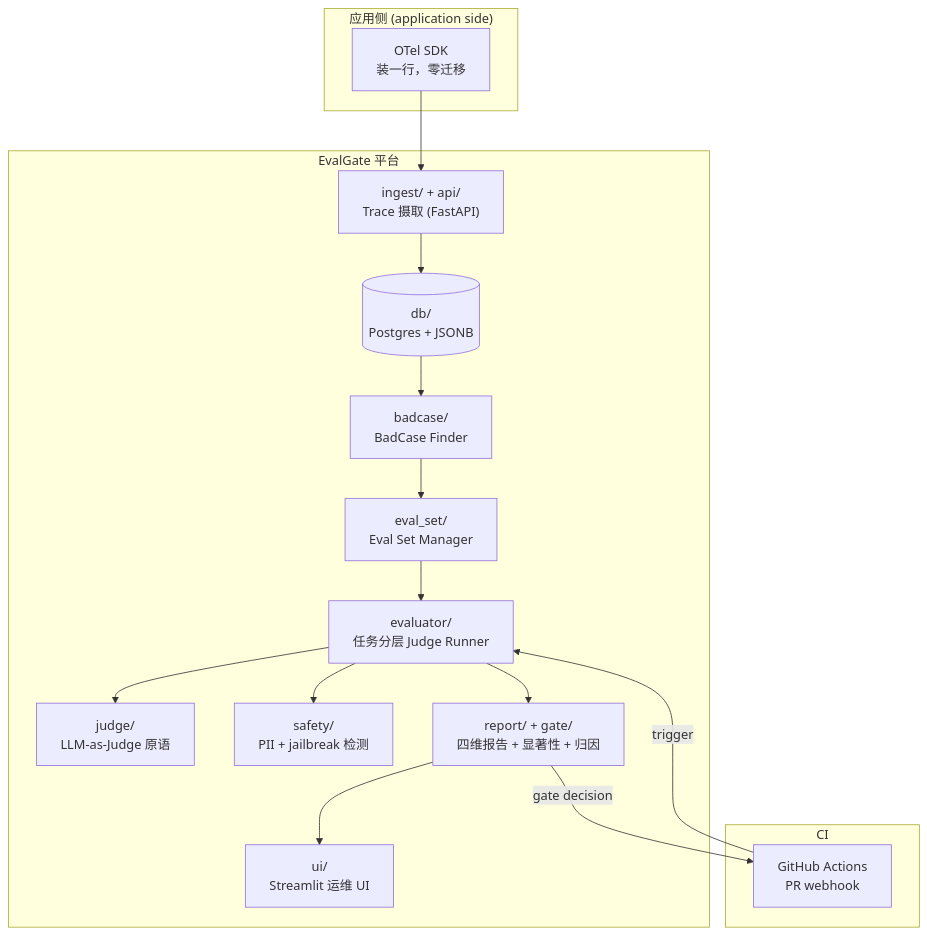
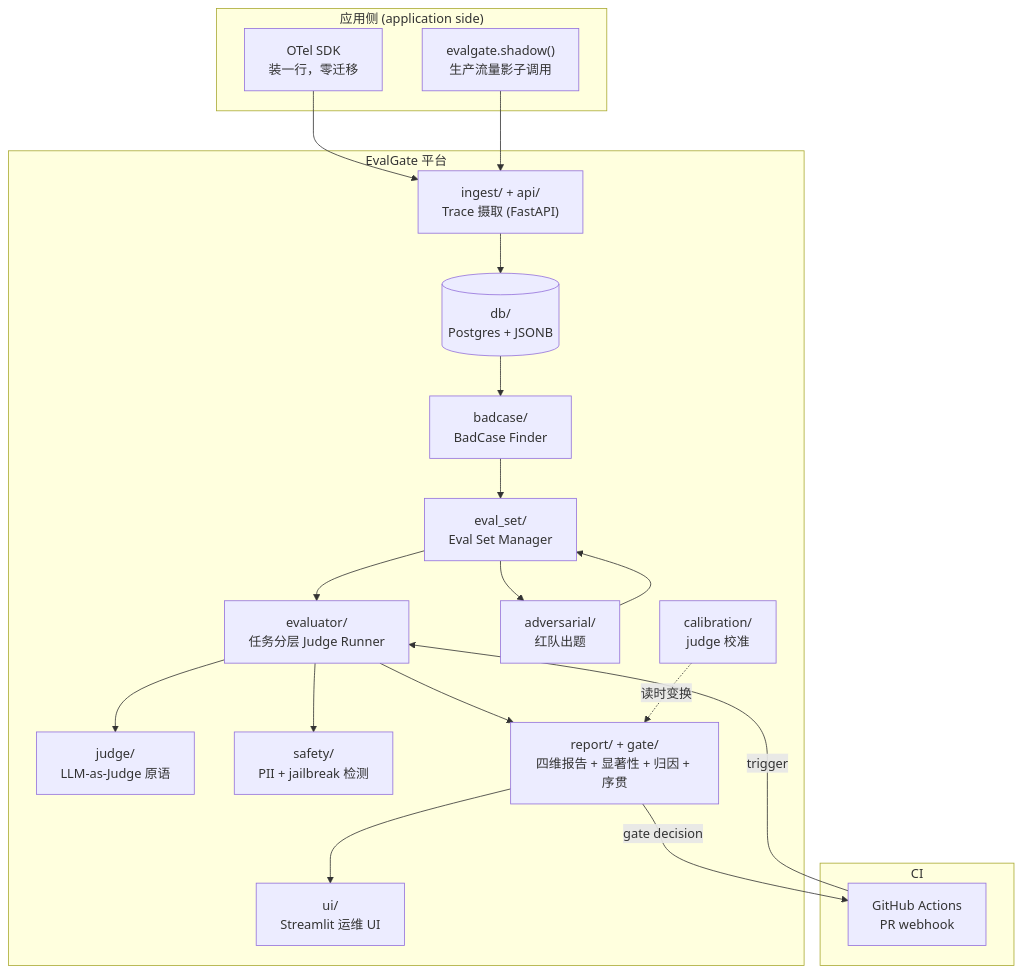
One commit to AndyUneducated/eval-gate changed the third of 7 diagrams in README.md. Above: the diagram before and after it, drawn with Mermaid. The commit also changed other lines of this file and 16 other files, not shown here.

First line of the commit message:
docs: add diagrams and tech-selection rationale to README and phase plans

````diff
--- a/README.md
+++ b/README.md
@@ -86,31 +116,37 @@
 ```mermaid
 graph TB
     subgraph app["应用侧 (application side)"]
         OTEL["OTel SDK<br/>装一行，零迁移"]
+        SDK["evalgate.shadow()<br/>生产流量影子调用"]
     end
 
     subgraph platform["EvalGate 平台"]
         INGEST["ingest/ + api/<br/>Trace 摄取 (FastAPI)"]
         DB[("db/<br/>Postgres + JSONB")]
         FINDER["badcase/<br/>BadCase Finder"]
         EVALSET["eval_set/<br/>Eval Set Manager"]
         EVALUATOR["evaluator/<br/>任务分层 Judge Runner"]
         JUDGE["judge/<br/>LLM-as-Judge 原语"]
         SAFETY["safety/<br/>PII + jailbreak 检测"]
-        REPORT["report/ + gate/<br/>四维报告 + 显著性 + 归因"]
+        ADV["adversarial/<br/>红队出题"]
+        CALIB["calibration/<br/>judge 校准"]
+        REPORT["report/ + gate/<br/>四维报告 + 显著性 + 归因 + 序贯"]
         UI["ui/<br/>Streamlit 运维 UI"]
     end
 
     subgraph ci["CI"]
         GHA["GitHub Actions<br/>PR webhook"]
     end
 
     OTEL --> INGEST --> DB
+    SDK --> INGEST
     DB --> FINDER --> EVALSET --> EVALUATOR
     EVALUATOR --> JUDGE
     EVALUATOR --> SAFETY
+    EVALSET --> ADV --> EVALSET
     GHA -->|"trigger"| EVALUATOR
     EVALUATOR --> REPORT
+    CALIB -.读时变换.-> REPORT
     REPORT --> UI
     REPORT -->|"gate decision"| GHA
 ```
````
